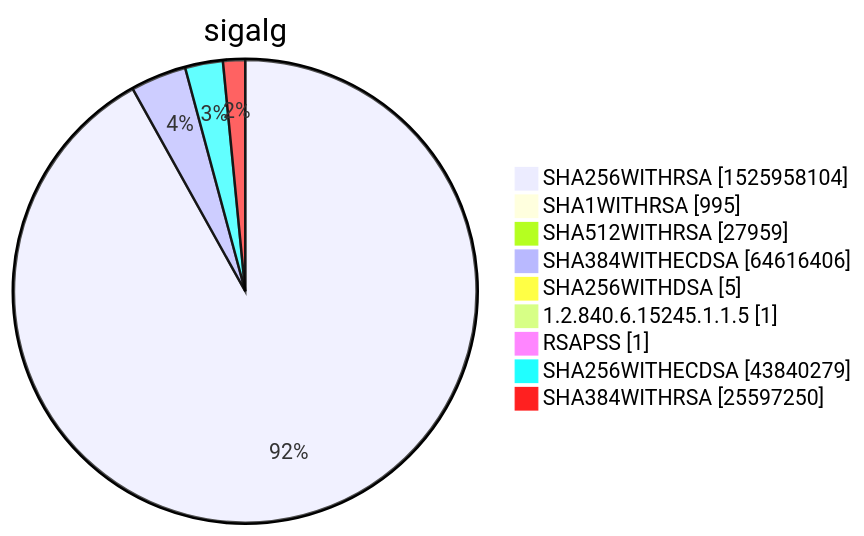
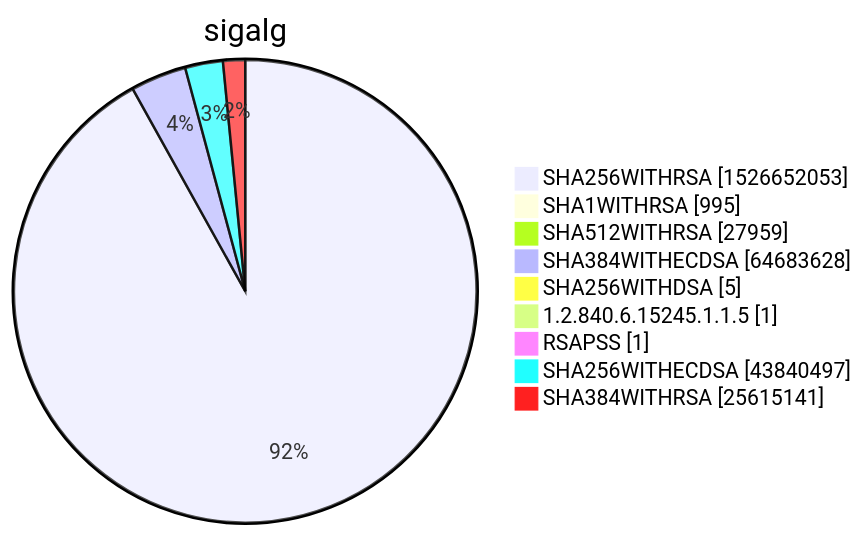
Before and after one commit to christiankrug/ctmonitor_visualization: diagram 15 of 15 in xenon2022/README.md, drawn with Mermaid. The commit also changed other lines of this file, not shown here.

````diff
--- a/xenon2022/README.md
+++ b/xenon2022/README.md
@@ -5866,13 +5866,13 @@
 ```mermaid
 pie showData
 title sigalg
-"SHA256WITHRSA" :1525958104
+"SHA256WITHRSA" :1526652053
 "SHA1WITHRSA" :995
 "SHA512WITHRSA" :27959
-"SHA384WITHECDSA" :64616406
+"SHA384WITHECDSA" :64683628
 "SHA256WITHDSA" :5
 "1.2.840.6.15245.1.1.5" :1
 "RSAPSS" :1
-"SHA256WITHECDSA" :43840279
-"SHA384WITHRSA" :25597250
+"SHA256WITHECDSA" :43840497
+"SHA384WITHRSA" :25615141
 ```
````
